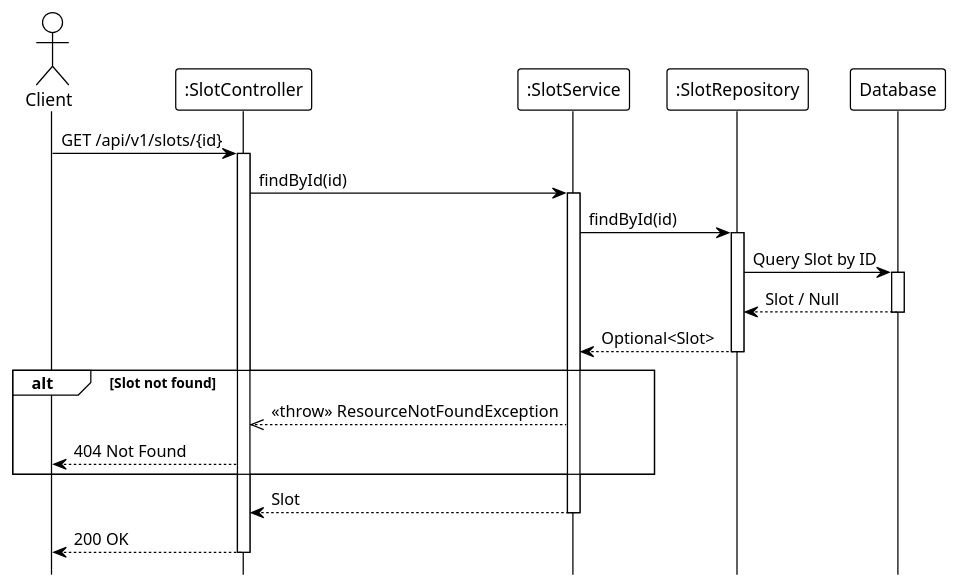
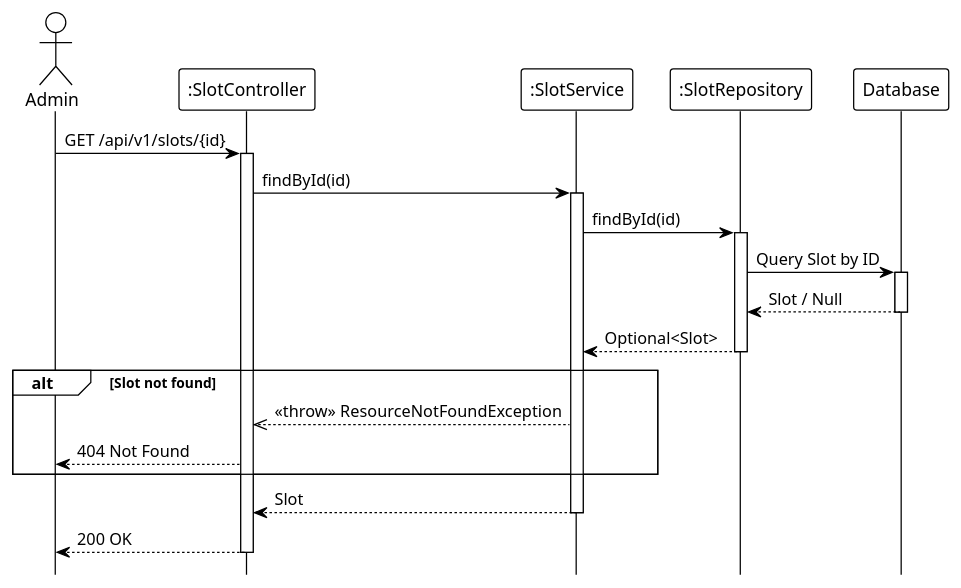
Before and after one commit to Ndh474/context: the diagram in system_detailed_design/34_view_slot_details/sequence_diagram_view_slot_details.puml, drawn with PlantUML. The commit also changed 61 other files, not shown here.

First line of the commit message:
refactor(diagrams): update actor from Client to Admin in sequence diagrams

```diff
--- a/system_detailed_design/34_view_slot_details/sequence_diagram_view_slot_details.puml
+++ b/system_detailed_design/34_view_slot_details/sequence_diagram_view_slot_details.puml
@@ -1,40 +1,40 @@
 @startuml view_slot_details
 !theme plain
 hide footbox
 
-actor Client
+actor Admin
 participant ":SlotController" as Controller
 participant ":SlotService" as Service
 participant ":SlotRepository" as Repository
 participant "Database" as DB
 
 ' --- MAIN FLOW ---
-Client -> Controller: GET /api/v1/slots/{id}
+Admin -> Controller: GET /api/v1/slots/{id}
 activate Controller
 
 Controller -> Service: findById(id)
 activate Service
 
 Service -> Repository: findById(id)
 activate Repository
 
 Repository -> DB: Query Slot by ID
 activate DB
 DB --> Repository: Slot / Null
 deactivate DB
 
 Repository --> Service: Optional<Slot>
 deactivate Repository
 
 alt Slot not found
     Service -->> Controller: <<throw>> ResourceNotFoundException
-    Controller --> Client: 404 Not Found
+    Controller --> Admin: 404 Not Found
 end
 
 Service --> Controller: Slot
 deactivate Service
 
-Controller --> Client: 200 OK
+Controller --> Admin: 200 OK
 deactivate Controller
 
 @enduml
```
